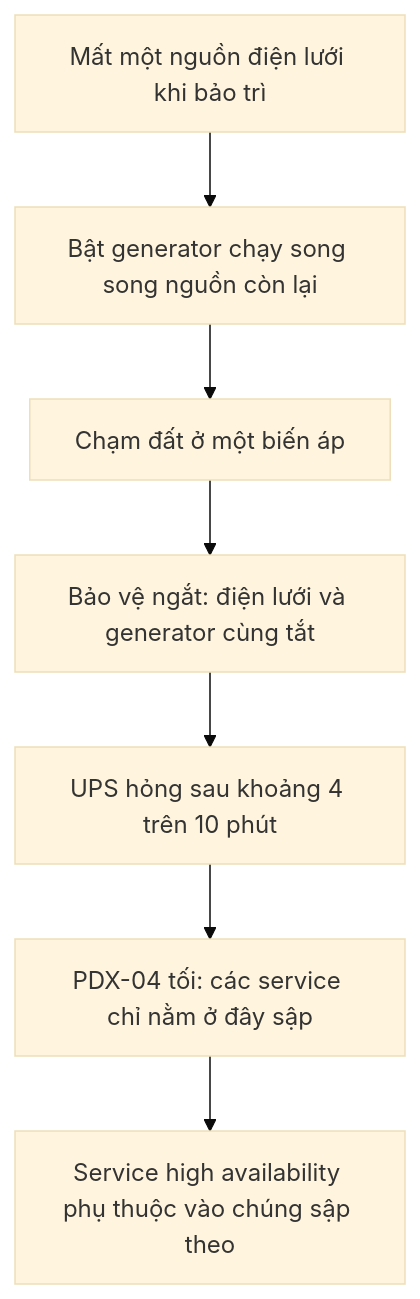
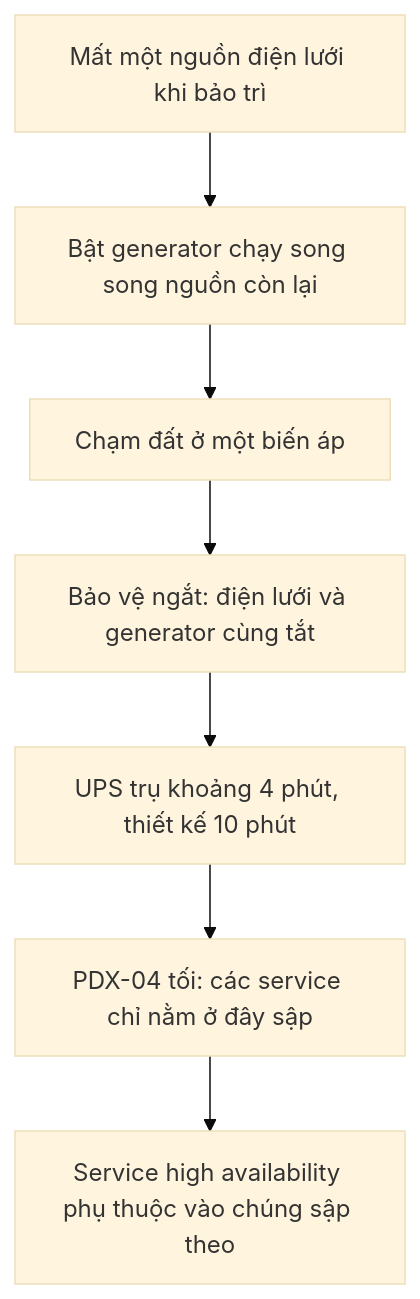
One commit to khanhnguyendev/engineering-reader changed the diagram in content/posts/cloudflare-control-plane-outage-2023/vi.mdx. Above: the diagram before and after it, drawn with Mermaid (base theme). The commit also changed other lines of this file and 3 other files, not shown here.

````diff
--- a/content/posts/cloudflare-control-plane-outage-2023/vi.mdx
+++ b/content/posts/cloudflare-control-plane-outage-2023/vi.mdx
@@ -42,9 +42,9 @@
 ```mermaid
 flowchart TD
     A[Mất một nguồn điện lưới khi bảo trì] --> B[Bật generator chạy song song nguồn còn lại]
     B --> C[Chạm đất ở một biến áp]
     C --> D[Bảo vệ ngắt: điện lưới và generator cùng tắt]
-    D --> E[UPS hỏng sau khoảng 4 trên 10 phút]
+    D --> E[UPS trụ khoảng 4 phút, thiết kế 10 phút]
     E --> F[PDX-04 tối: các service chỉ nằm ở đây sập]
     F --> G[Service high availability phụ thuộc vào chúng sập theo]
 ```
````
